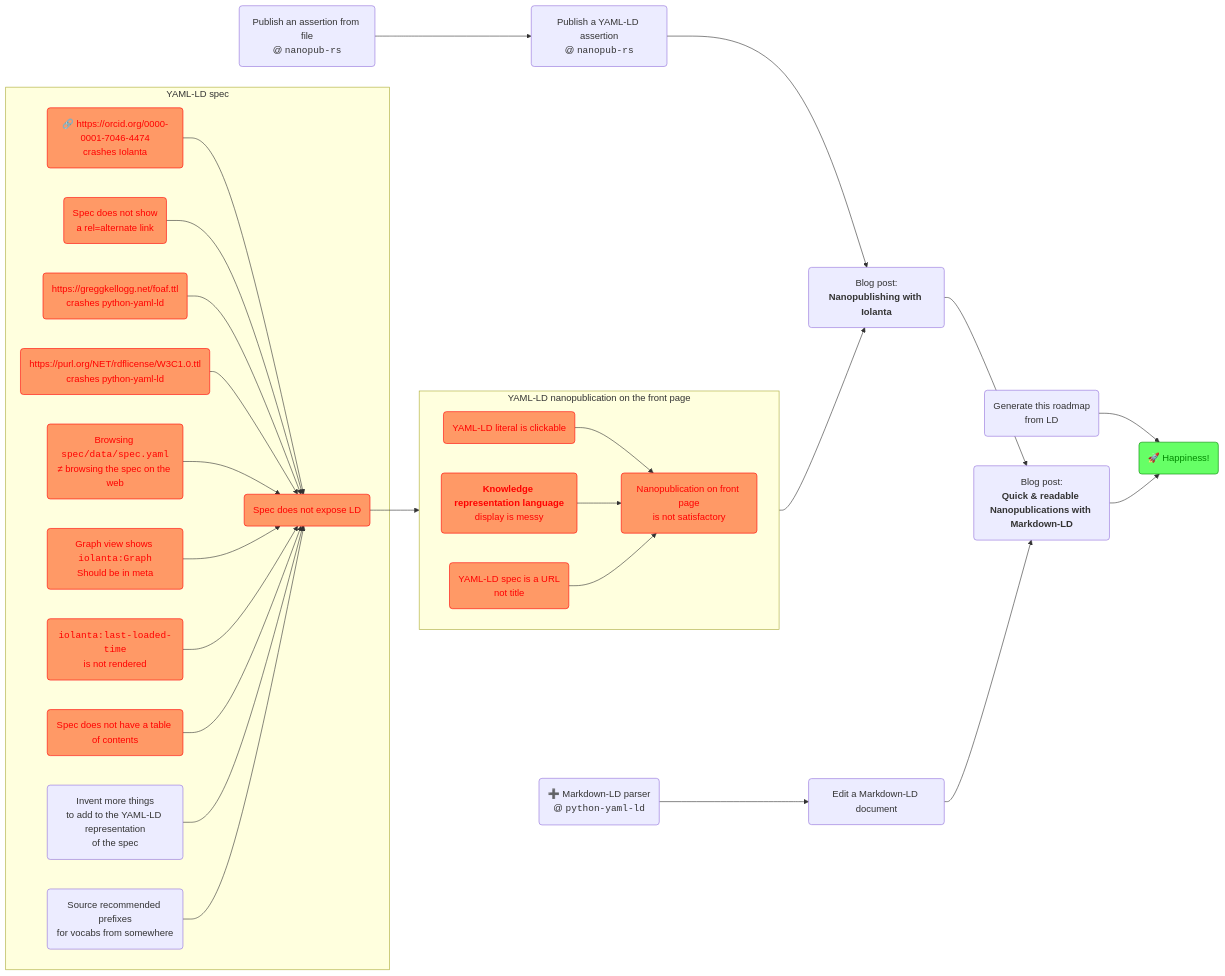
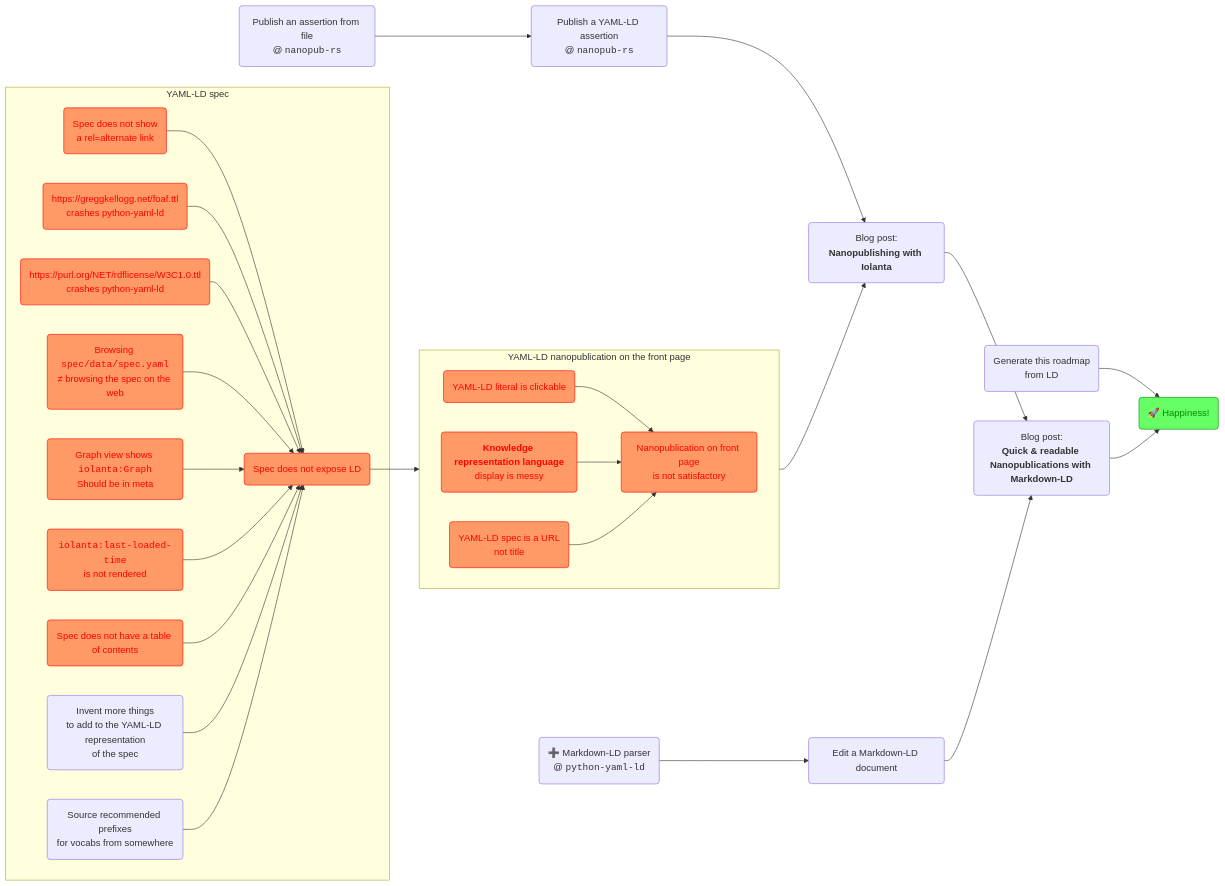
The diagram in docs/roadmap.md (iolanta-tech/iolanta), drawn with Mermaid before and after one commit.

Commit message:
#277 Update roadmap

````diff
--- a/docs/roadmap.md
+++ b/docs/roadmap.md
@@ -15,69 +15,65 @@
 ```mermaid
 graph LR
     happiness("🚀 Happiness!")
     classDef happiness fill:#6f6,color:#080,stroke:#080,stroke-width:1px;
     class happiness happiness
     
     generate-roadmap("Generate this roadmap<br/>from LD") --> happiness
     
     nanopub-blog-post("Blog post:<br/><strong>Nanopublishing with Iolanta</strong>") --> markdown-nanopub-blog-post("Blog post:<br/><strong>Quick & readable Nanopublications with Markdown-LD") --> happiness
     
     nanopub-rs-graph("Publish an assertion from file<br/>@ <code>nanopub-rs</code>") --> nanopub-yaml-ld("Publish a YAML-LD assertion<br/>@ <code>nanopub-rs</code>") --> nanopub-blog-post
     
     subgraph "YAML-LD nanopublication on the front page"
         direction LR
         nanopublication-is-not-satisfactory("Nanopublication on front page<br/>is not satisfactory")
         class nanopublication-is-not-satisfactory bug
         
         literal-clickable("YAML-LD literal is clickable") --> nanopublication-is-not-satisfactory
         click literal-clickable "https://github.com/iolanta-tech/iolanta/issues/260"
         class literal-clickable bug
         
         fip-term-messy("<strong>Knowledge representation language</strong><br/>display is messy") --> nanopublication-is-not-satisfactory
         class fip-term-messy bug
         
         spec("YAML-LD spec is a URL<br/>not title") --> nanopublication-is-not-satisfactory
         class spec bug
     end
     
     subgraph "YAML-LD spec"
         spec-not-ld("Spec does not expose LD") --> spec
         class spec-not-ld bug
-        
-        pac("🔗 https://orcid.org/0000-0001-7046-4474<br/>crashes Iolanta") --> spec-not-ld
-        class pac bug
-        click pac https://github.com/iolanta-tech/iolanta/issues/277
-        
+
         rel-alternate("Spec does not show<br/>a rel=alternate link") --> spec-not-ld
         class rel-alternate bug
         
         gk("https://greggkellogg.net/foaf.ttl<br/>crashes python-yaml-ld") --> spec-not-ld
         class gk bug
         
         w3c-license("https://purl.org/NET/rdflicense/W3C1.0.ttl<br/>crashes python-yaml-ld") --> spec-not-ld
         class w3c-license bug
         
         mismatch("Browsing <code>spec/data/spec.yaml</code><br/>≠ browsing the spec on the web") --> spec-not-ld
         class mismatch bug
 
         gig("Graph view shows <code>iolanta:Graph</code><br/>Should be in meta") --> spec-not-ld
         class gig bug
         
         last-loaded-time("<code>iolanta:last-loaded-time</code><br/>is not rendered") --> spec-not-ld
         class last-loaded-time bug
         
         spec-toc("Spec does not have a table of contents") --> spec-not-ld
         class spec-toc bug
         
         more("Invent more things<br/>to add to the YAML-LD representation<br/>of the spec") --> spec-not-ld
         
         prefixes("Source recommended prefixes<br/>for vocabs from somewhere") --> spec-not-ld
     end
     
     nanopublication-is-not-satisfactory --> nanopub-blog-post
     
     python-yaml-ld-markdown-ld("➕ Markdown-LD parser<br/>@ <code>python-yaml-ld</code>") --> markdown-ld("Edit a Markdown-LD document") --> markdown-nanopub-blog-post
     click markdown-ld "https://github.com/iolanta-tech/iolanta/issues/261"
         
     classDef bug fill:#f96,color:#f00,stroke:#f00,stroke-width:1px;
 ```
````
